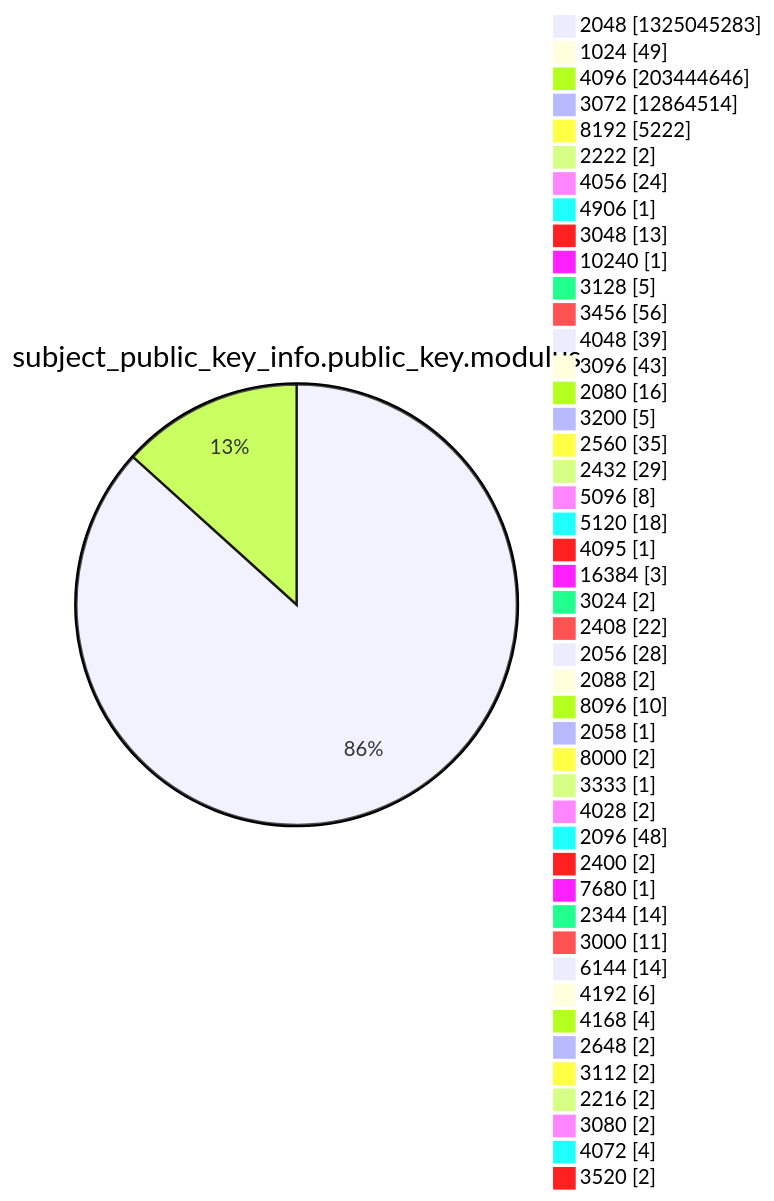
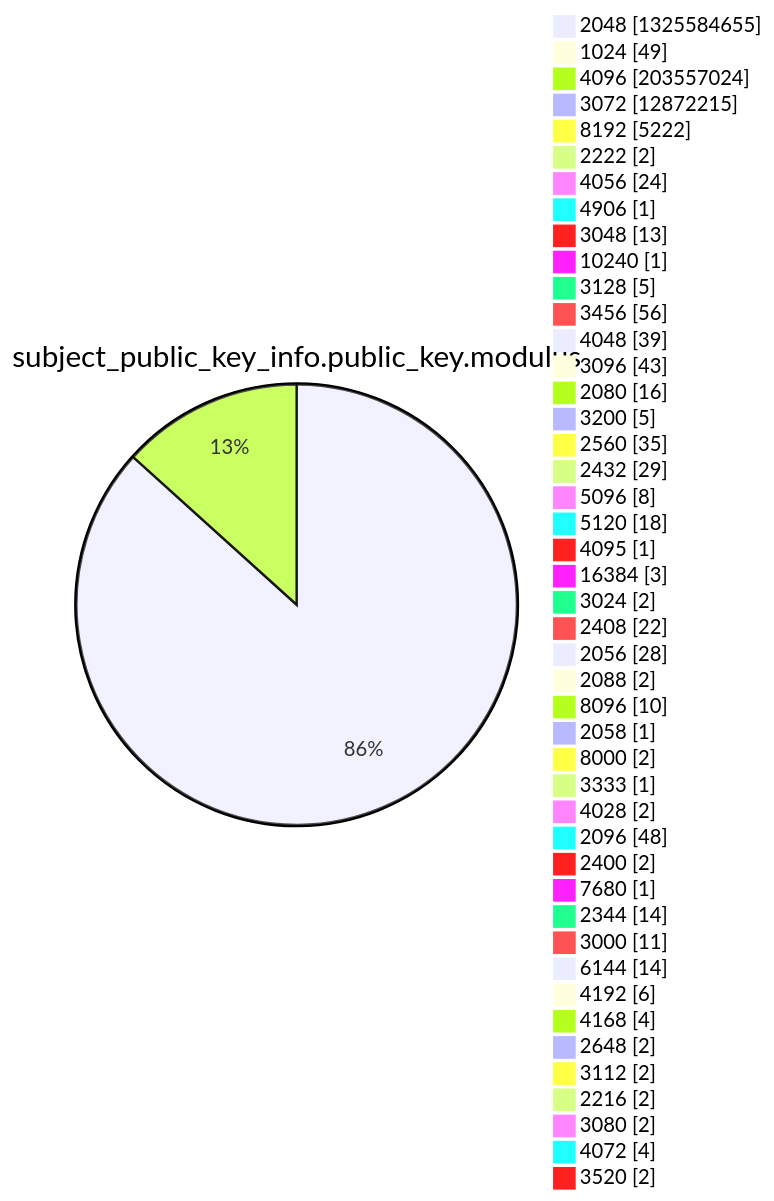
Diagram 13 of 15 in xenon2022/README.md (christiankrug/ctmonitor_visualization), drawn with Mermaid before and after one commit. The commit also changed other lines of this file, not shown here.

````diff
--- a/xenon2022/README.md
+++ b/xenon2022/README.md
@@ -3925,49 +3925,49 @@
 ```mermaid
 pie showData
 title subject_public_key_info.public_key.modulus
-"2048" :1325045283
+"2048" :1325584655
 "1024" :49
-"4096" :203444646
-"3072" :12864514
+"4096" :203557024
+"3072" :12872215
 "8192" :5222
 "2222" :2
 "4056" :24
 "4906" :1
 "3048" :13
 "10240" :1
 "3128" :5
 "3456" :56
 "4048" :39
 "3096" :43
 "2080" :16
 "3200" :5
 "2560" :35
 "2432" :29
 "5096" :8
 "5120" :18
 "4095" :1
 "16384" :3
 "3024" :2
 "2408" :22
 "2056" :28
 "2088" :2
 "8096" :10
 "2058" :1
 "8000" :2
 "3333" :1
 "4028" :2
 "2096" :48
 "2400" :2
 "7680" :1
 "2344" :14
 "3000" :11
 "6144" :14
 "4192" :6
 "4168" :4
 "2648" :2
 "3112" :2
 "2216" :2
 "3080" :2
 "4072" :4
 "3520" :2
 ```
````
